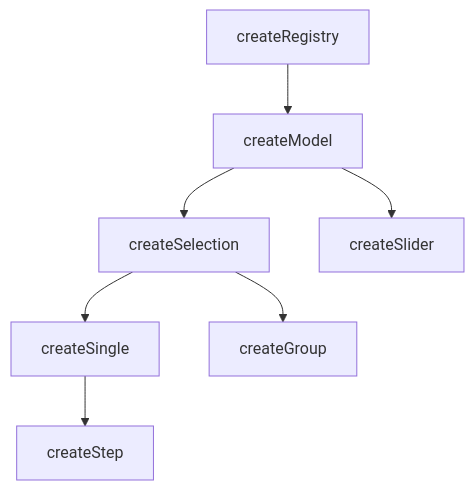
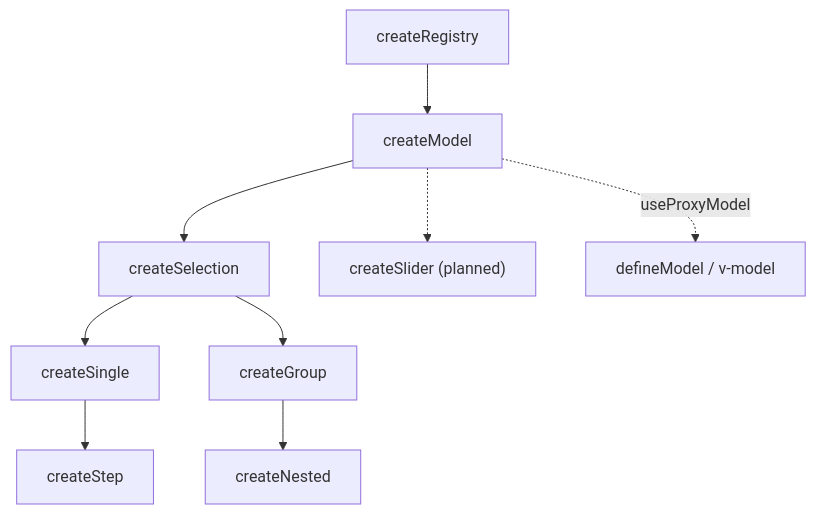
One commit to vuetifyjs/0 changed the first of 3 diagrams in apps/docs/src/pages/composables/selection/create-model.md. Above: the diagram before and after it, drawn with Mermaid. The commit also changed other lines of this file, not shown here.

Commit message:
docs(createModel): revert page changes to master version

````diff
--- a/apps/docs/src/pages/composables/selection/create-model.md
+++ b/apps/docs/src/pages/composables/selection/create-model.md
@@ -48,9 +53,11 @@
 ```mermaid "Model Hierarchy"
 flowchart TD
-  createRegistry --> createModel
+  createRegistry --> createModel:::primary
   createModel --> createSelection
-  createModel --> createSlider
+  createModel -.-> createSlider["createSlider (planned)"]
   createSelection --> createSingle
   createSelection --> createGroup
   createSingle --> createStep
+  createGroup --> createNested
+  createModel -. "useProxyModel" .-> defineModel["defineModel / v-model"]
 ```
````
